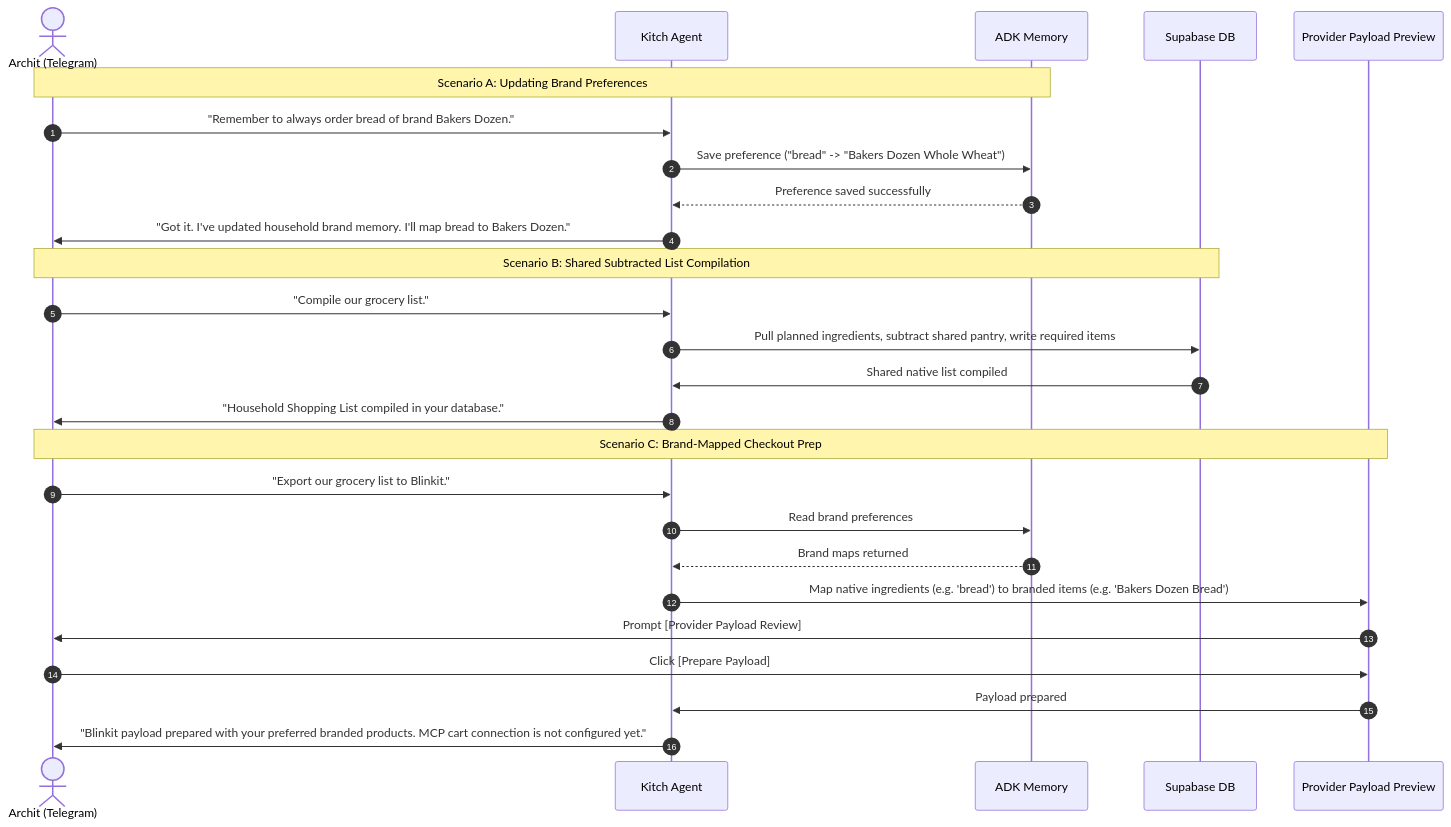
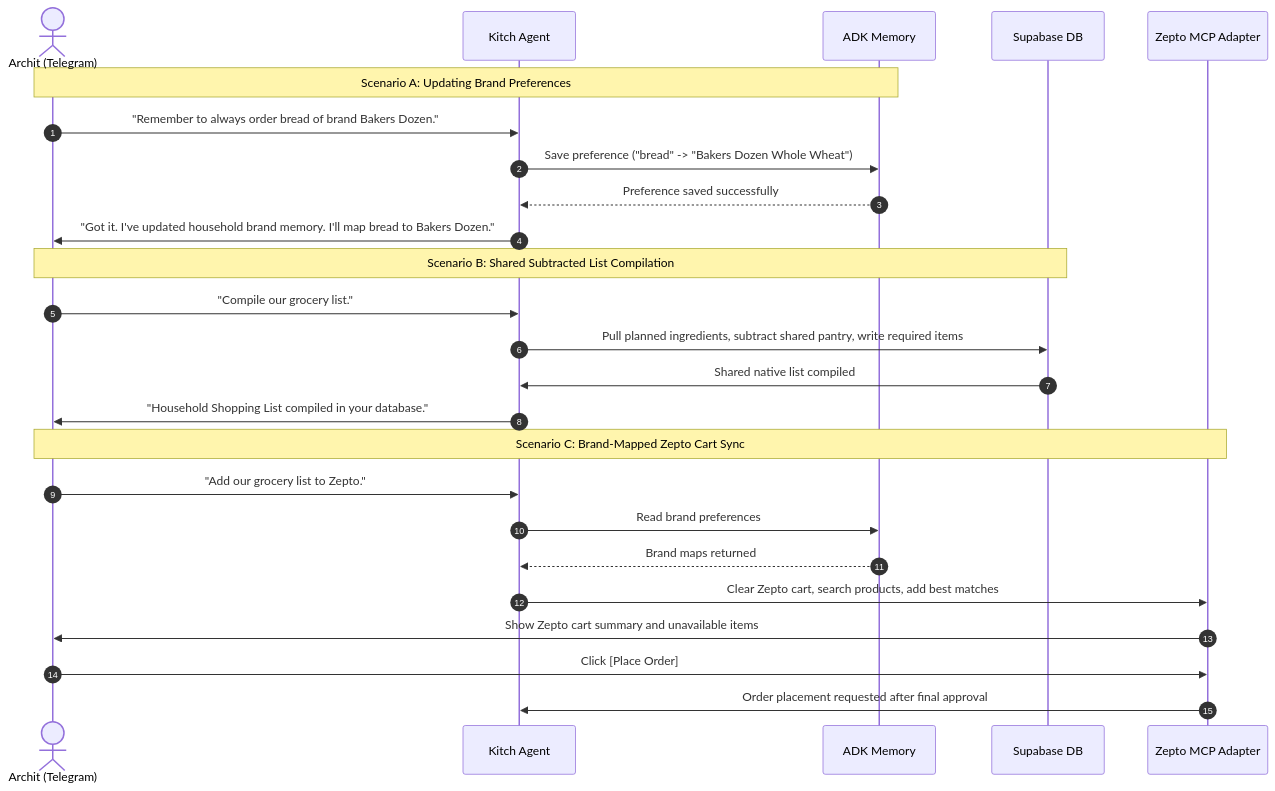
The second of 2 diagrams in docs/vision_and_requirements.md (architworks/meal_and_grocery_agent), drawn with Mermaid before and after one commit. The commit also changed other lines of this file and 16 other files, not shown here.

First line of the commit message:
Implement native grocery cart and Zepto MCP sync flow

````diff
--- a/docs/vision_and_requirements.md
+++ b/docs/vision_and_requirements.md
@@ -121,31 +121,30 @@
 ```mermaid
 sequenceDiagram
     autonumber
     actor Archit as Archit (Telegram)
     participant Agent as Kitch Agent
     participant Memory as ADK Memory
     participant DB as Supabase DB
-    participant Payload as Provider Payload Preview
+    participant Zepto as Zepto MCP Adapter
     
     Note over Archit, Memory: Scenario A: Updating Brand Preferences
     Archit->>Agent: "Remember to always order bread of brand Bakers Dozen."
     Agent->>Memory: Save preference ("bread" -> "Bakers Dozen Whole Wheat")
     Memory-->>Agent: Preference saved successfully
     Agent->>Archit: "Got it. I've updated household brand memory. I'll map bread to Bakers Dozen."
     
     Note over Archit, DB: Scenario B: Shared Subtracted List Compilation
     Archit->>Agent: "Compile our grocery list."
     Agent->>DB: Pull planned ingredients, subtract shared pantry, write required items
     DB->>Agent: Shared native list compiled
     Agent->>Archit: "Household Shopping List compiled in your database."
     
-    Note over Archit, Payload: Scenario C: Brand-Mapped Checkout Prep
-    Archit->>Agent: "Export our grocery list to Blinkit."
+    Note over Archit, Zepto: Scenario C: Brand-Mapped Zepto Cart Sync
+    Archit->>Agent: "Add our grocery list to Zepto."
     Agent->>Memory: Read brand preferences
     Memory-->>Agent: Brand maps returned
-    Agent->>Payload: Map native ingredients (e.g. 'bread') to branded items (e.g. 'Bakers Dozen Bread')
-    Payload->>Archit: Prompt [Provider Payload Review]
-    Archit->>Payload: Click [Prepare Payload]
-    Payload->>Agent: Payload prepared
-    Agent->>Archit: "Blinkit payload prepared with your preferred branded products. MCP cart connection is not configured yet."
+    Agent->>Zepto: Clear Zepto cart, search products, add best matches
+    Zepto->>Archit: Show Zepto cart summary and unavailable items
+    Archit->>Zepto: Click [Place Order]
+    Zepto->>Agent: Order placement requested after final approval
 ```
````
